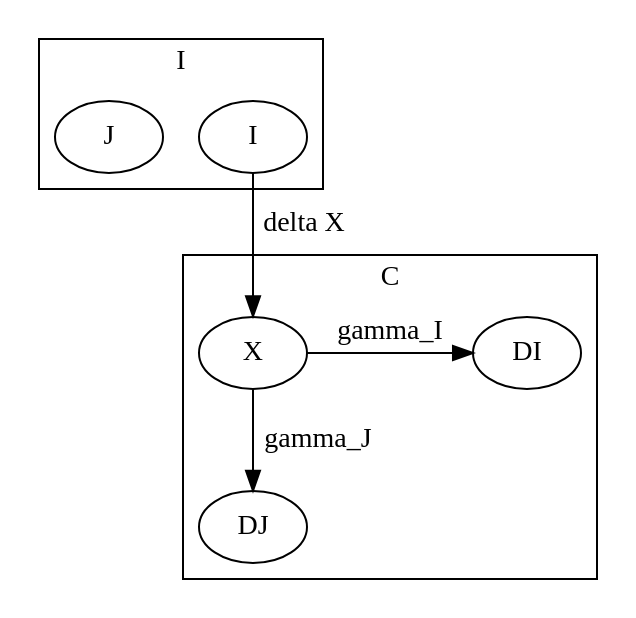
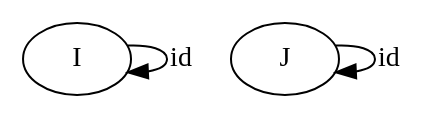
The diagram in study/category/img/13.dot (yugeta/cympfh.github.io), drawn with Graphviz before and after one commit. The commit also changed 44 other files, not shown here.

```diff
--- a/study/category/img/13.dot
+++ b/study/category/img/13.dot
@@ -1,14 +1,5 @@
 digraph {
-  subgraph cluster_I {
-    label = "I";
-    I; J
-  }
-  subgraph cluster_C {
-    label = "C";
-    X; DI; DJ;
-    X -> DI [label="gamma_I"];
-    X -> DJ [label="gamma_J"];
-    {rank=same; X DI};
-  }
-  I -> X [label = "delta X"];
+  x -> x [label="id"]; y -> y [label="id"];
+  x [label="I"];
+  y [label="J"];
 }
```
